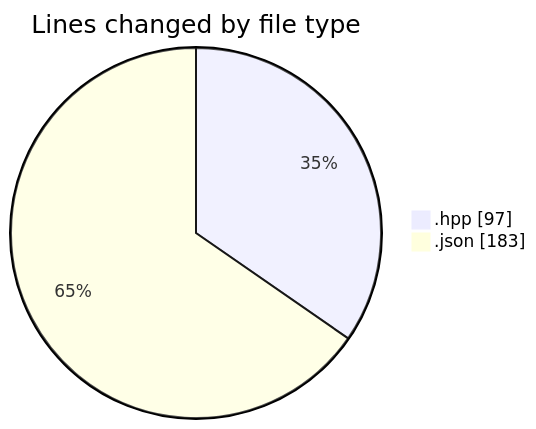
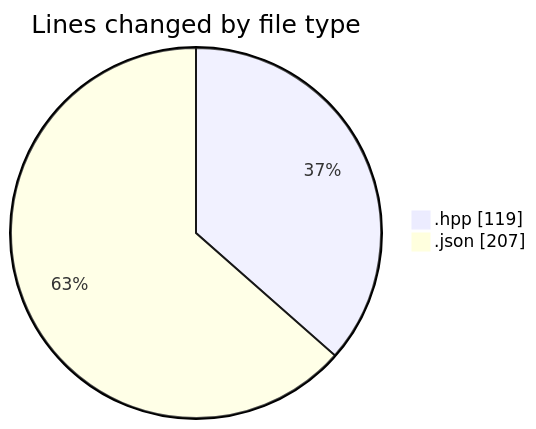
One commit to Netris89/code-tracking changed the first of 2 diagrams in 2025-04-29/date/README.md. Above: the diagram before and after it, drawn with Mermaid. The commit also changed other lines of this file and 1 other file, not shown here.

````diff
--- a/2025-04-29/date/README.md
+++ b/2025-04-29/date/README.md
@@ -21,6 +21,6 @@
 ```mermaid
 pie showData
 title Lines changed by file type
-".hpp" : 97
-".json" : 183
+".hpp" : 119
+".json" : 207
 ```
````
